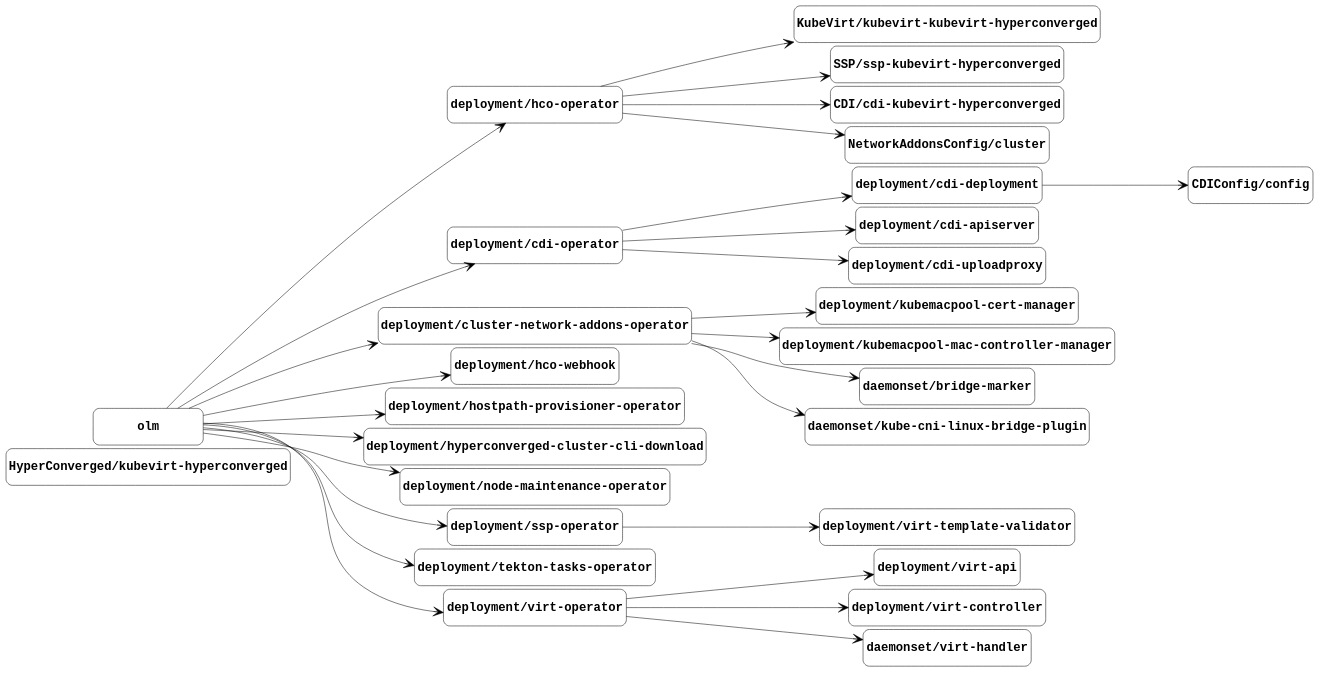
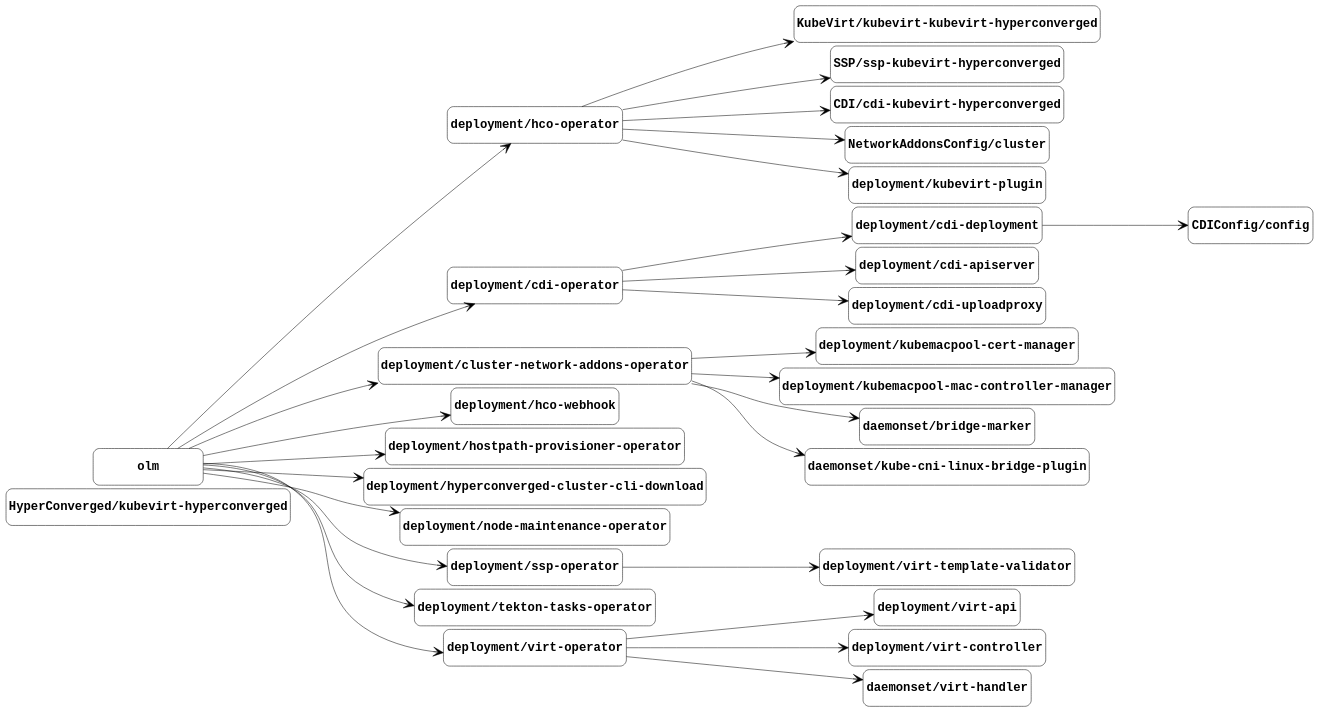
One commit to kubevirt/kubevirt changed the diagram in docs/managed-by.gv. Above: the diagram before and after it, drawn with Graphviz. The commit also changed 3 other files, not shown here.

Commit message:
Update component graphs from the nightly job (#1903)

```diff
--- a/docs/managed-by.gv
+++ b/docs/managed-by.gv
@@ -1,84 +1,87 @@
 digraph "managed-by" {
 	graph [center=true margin=0.2 nodesep=0.1 rankdir=LR ranksep=2]
 	node [fontname="Courier-Bold" fontsize=24 height=1 shape=box style=rounded width=3]
 	edge [arrowhead=vee arrowsize=2]
 	"HyperConverged/kubevirt-hyperconverged" [label="HyperConverged/kubevirt-hyperconverged"]
 	"KubeVirt/kubevirt-kubevirt-hyperconverged" [label="KubeVirt/kubevirt-kubevirt-hyperconverged"]
 	"deployment/hco-operator" [label="deployment/hco-operator"]
 	"deployment/hco-operator" -> "KubeVirt/kubevirt-kubevirt-hyperconverged"
 	"SSP/ssp-kubevirt-hyperconverged" [label="SSP/ssp-kubevirt-hyperconverged"]
 	"deployment/hco-operator" [label="deployment/hco-operator"]
 	"deployment/hco-operator" -> "SSP/ssp-kubevirt-hyperconverged"
 	"CDI/cdi-kubevirt-hyperconverged" [label="CDI/cdi-kubevirt-hyperconverged"]
 	"deployment/hco-operator" [label="deployment/hco-operator"]
 	"deployment/hco-operator" -> "CDI/cdi-kubevirt-hyperconverged"
 	"CDIConfig/config" [label="CDIConfig/config"]
 	"deployment/cdi-deployment" [label="deployment/cdi-deployment"]
 	"deployment/cdi-deployment" -> "CDIConfig/config"
 	"NetworkAddonsConfig/cluster" [label="NetworkAddonsConfig/cluster"]
 	"deployment/hco-operator" [label="deployment/hco-operator"]
 	"deployment/hco-operator" -> "NetworkAddonsConfig/cluster"
 	"deployment/cdi-apiserver" [label="deployment/cdi-apiserver"]
 	"deployment/cdi-operator" [label="deployment/cdi-operator"]
 	"deployment/cdi-operator" -> "deployment/cdi-apiserver"
 	"deployment/cdi-deployment" [label="deployment/cdi-deployment"]
 	"deployment/cdi-operator" [label="deployment/cdi-operator"]
 	"deployment/cdi-operator" -> "deployment/cdi-deployment"
 	"deployment/cdi-operator" [label="deployment/cdi-operator"]
 	olm [label=olm]
 	olm -> "deployment/cdi-operator"
 	"deployment/cdi-uploadproxy" [label="deployment/cdi-uploadproxy"]
 	"deployment/cdi-operator" [label="deployment/cdi-operator"]
 	"deployment/cdi-operator" -> "deployment/cdi-uploadproxy"
 	"deployment/cluster-network-addons-operator" [label="deployment/cluster-network-addons-operator"]
 	olm [label=olm]
 	olm -> "deployment/cluster-network-addons-operator"
 	"deployment/hco-operator" [label="deployment/hco-operator"]
 	olm [label=olm]
 	olm -> "deployment/hco-operator"
 	"deployment/hco-webhook" [label="deployment/hco-webhook"]
 	olm [label=olm]
 	olm -> "deployment/hco-webhook"
 	"deployment/hostpath-provisioner-operator" [label="deployment/hostpath-provisioner-operator"]
 	olm [label=olm]
 	olm -> "deployment/hostpath-provisioner-operator"
 	"deployment/hyperconverged-cluster-cli-download" [label="deployment/hyperconverged-cluster-cli-download"]
 	olm [label=olm]
 	olm -> "deployment/hyperconverged-cluster-cli-download"
 	"deployment/kubemacpool-cert-manager" [label="deployment/kubemacpool-cert-manager"]
 	"deployment/cluster-network-addons-operator" [label="deployment/cluster-network-addons-operator"]
 	"deployment/cluster-network-addons-operator" -> "deployment/kubemacpool-cert-manager"
 	"deployment/kubemacpool-mac-controller-manager" [label="deployment/kubemacpool-mac-controller-manager"]
 	"deployment/cluster-network-addons-operator" [label="deployment/cluster-network-addons-operator"]
 	"deployment/cluster-network-addons-operator" -> "deployment/kubemacpool-mac-controller-manager"
+	"deployment/kubevirt-plugin" [label="deployment/kubevirt-plugin"]
+	"deployment/hco-operator" [label="deployment/hco-operator"]
+	"deployment/hco-operator" -> "deployment/kubevirt-plugin"
 	"deployment/node-maintenance-operator" [label="deployment/node-maintenance-operator"]
 	olm [label=olm]
 	olm -> "deployment/node-maintenance-operator"
 	"deployment/ssp-operator" [label="deployment/ssp-operator"]
 	olm [label=olm]
 	olm -> "deployment/ssp-operator"
 	"deployment/tekton-tasks-operator" [label="deployment/tekton-tasks-operator"]
 	olm [label=olm]
 	olm -> "deployment/tekton-tasks-operator"
 	"deployment/virt-api" [label="deployment/virt-api"]
 	"deployment/virt-operator" [label="deployment/virt-operator"]
 	"deployment/virt-operator" -> "deployment/virt-api"
 	"deployment/virt-controller" [label="deployment/virt-controller"]
 	"deployment/virt-operator" [label="deployment/virt-operator"]
 	"deployment/virt-operator" -> "deployment/virt-controller"
 	"deployment/virt-operator" [label="deployment/virt-operator"]
 	olm [label=olm]
 	olm -> "deployment/virt-operator"
 	"deployment/virt-template-validator" [label="deployment/virt-template-validator"]
 	"deployment/ssp-operator" [label="deployment/ssp-operator"]
 	"deployment/ssp-operator" -> "deployment/virt-template-validator"
 	"daemonset/bridge-marker" [label="daemonset/bridge-marker"]
 	"deployment/cluster-network-addons-operator" [label="deployment/cluster-network-addons-operator"]
 	"deployment/cluster-network-addons-operator" -> "daemonset/bridge-marker"
 	"daemonset/kube-cni-linux-bridge-plugin" [label="daemonset/kube-cni-linux-bridge-plugin"]
 	"deployment/cluster-network-addons-operator" [label="deployment/cluster-network-addons-operator"]
 	"deployment/cluster-network-addons-operator" -> "daemonset/kube-cni-linux-bridge-plugin"
 	"daemonset/virt-handler" [label="daemonset/virt-handler"]
 	"deployment/virt-operator" [label="deployment/virt-operator"]
 	"deployment/virt-operator" -> "daemonset/virt-handler"
 }
```
